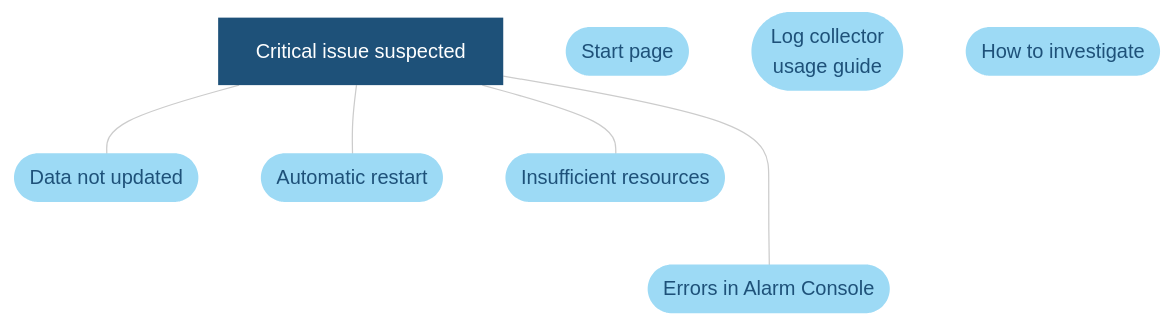
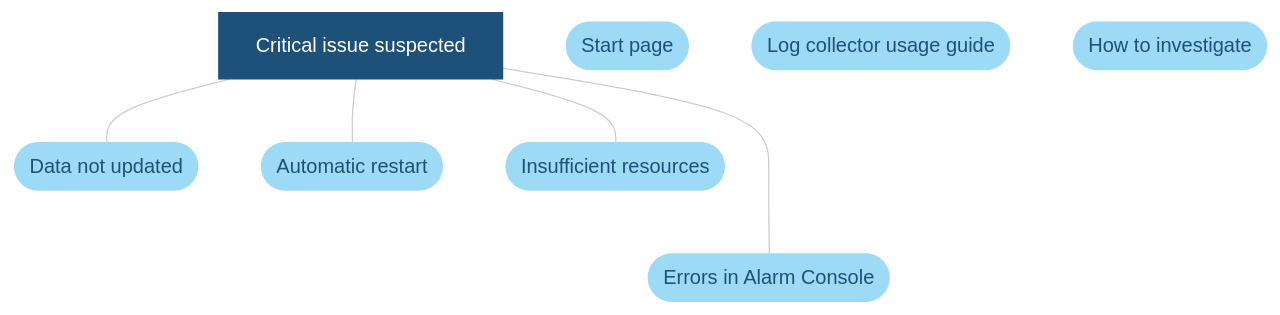
The first of 2 diagrams in user-guide/Troubleshooting/Troubleshooting_Flowcharts/Troubleshooting_Critical_Issues/Troubleshooting_Critical_Issues_Alarm_Console.md (SkylineCommunications/dataminer-docs), drawn with Mermaid (forest theme) before and after one commit. The commit also changed other lines of this file and 21 other files, not shown here.

````diff
--- a/user-guide/Troubleshooting/Troubleshooting_Flowcharts/Troubleshooting_Critical_Issues/Troubleshooting_Critical_Issues_Alarm_Console.md
+++ b/user-guide/Troubleshooting/Troubleshooting_Flowcharts/Troubleshooting_Critical_Issues/Troubleshooting_Critical_Issues_Alarm_Console.md
@@ -12,40 +12,40 @@
 ```mermaid
 flowchart TD
 %% Define styles %%
 linkStyle default stroke:#cccccc
 classDef LightBlue fill:#9DDAF5,stroke:#000070,stroke-width:0px, color:#1E5179;
 classDef Blue fill:#4BAEEA,stroke:#000070,stroke-width:0px, color:#FFFFFF;
 classDef DarkBlue fill:#1E5179,stroke:#000070,stroke-width:0px, color:#FFFFFF;
 classDef DarkGray fill:#58595B,stroke:#000070,stroke-width:0px, color:#FFFFFF;
 classDef Gray fill:#999999,stroke:#000070,stroke-width:0px, color:#FFFFFF;
 classDef LightGray fill:#DDDDDD,stroke:#000070,stroke-width:0px, color:#1E5179;
 %% Define blocks %%
 Start[Critical issue suspected]
 Home([Start page])
-SLLogCollector([Log collector <br> usage guide])
+SLLogCollector([Log collector usage guide])
 Investigation([How to investigate])
 DataNotUpdated([Data not updated])
 Automaticrestart([Automatic restart])
 ErrorAlarmConsole([Errors in Alarm Console])
 MachineoutofResources([Insufficient resources])
 %% Connect blocks %%
 Start ---- ErrorAlarmConsole
 Start --- Automaticrestart
 Start --- DataNotUpdated
 Start --- MachineoutofResources
 %% Define hyperlinks %%
 click Home "/user-guide/Troubleshooting/Troubleshooting_Flowcharts/Finding_a_Root_Cause.html"
 click SLLogCollector "/user-guide/Reference/DataMiner_Tools/SLLogCollector.html"
 click Investigation "/user-guide/Troubleshooting/Troubleshooting_Flowcharts/Troubleshooting_Where_to_Start.html"
 click DataNotUpdated "/user-guide/Troubleshooting/Troubleshooting_Flowcharts/Troubleshooting_Critical_Issues/Troubleshooting_Critical_Issues_Data_Not_Updated.html" "Data Not Updated"
 click Automaticrestart "/user-guide/Troubleshooting/Troubleshooting_Flowcharts/Troubleshooting_Critical_Issues/Troubleshooting_Critical_Issues_Automatic_Restart.html" "Automatic Restart"
 click Start "/user-guide/Troubleshooting/Troubleshooting_Flowcharts/Troubleshooting_Critical_Issues/Troubleshooting_Critical_Issues_Overview.html" "Critical issue suspected"
 click MachineoutofResources "/user-guide/Troubleshooting/Troubleshooting_Flowcharts/Troubleshooting_Critical_Issues/Troubleshooting_Critical_Issues_Resources.html" "Machine Out Of Resources"
 click ErrorAlarmConsole "#errors-in-alarm-console" "Errors in Alarm Console"
 %% Apply styles to blocks %%
 class Start DarkBlue;
 class Automaticrestart,DataNotUpdated,MachineoutofResources,ErrorAlarmConsole,RTE LightBlue;
 class StickyYes,TogglingYes LightGray;
 class Sticky,Toggling Blue;
 class Home,SLLogCollector,Investigation LightBlue;
 ```
````
